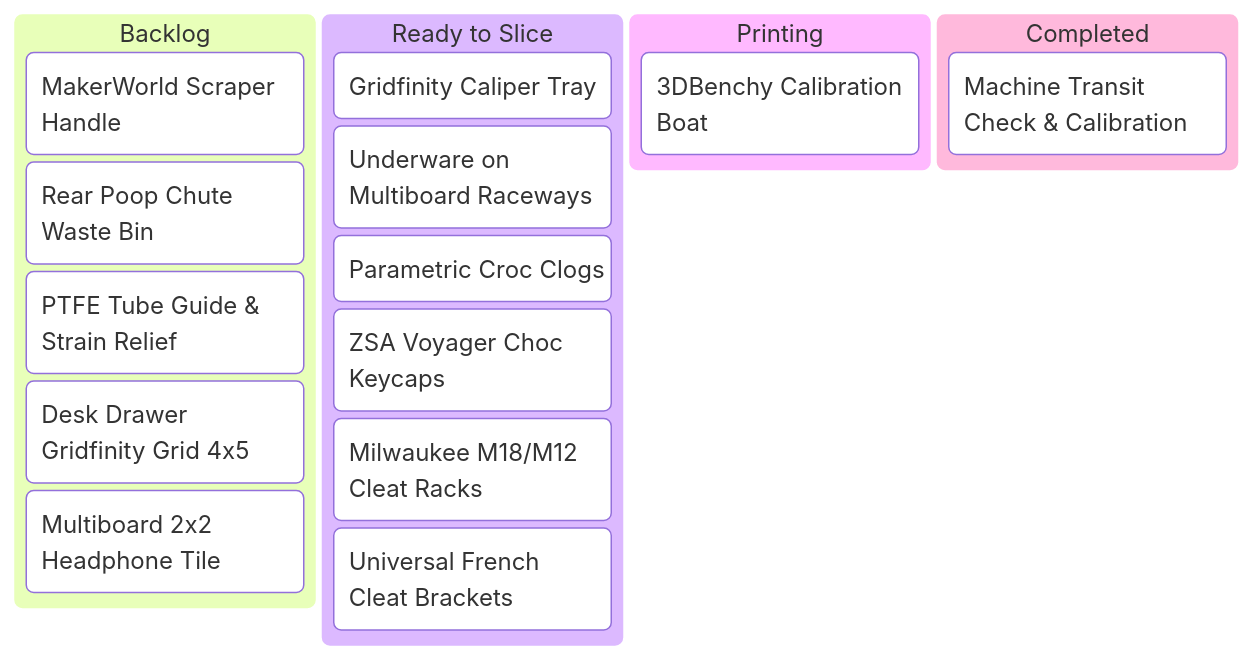
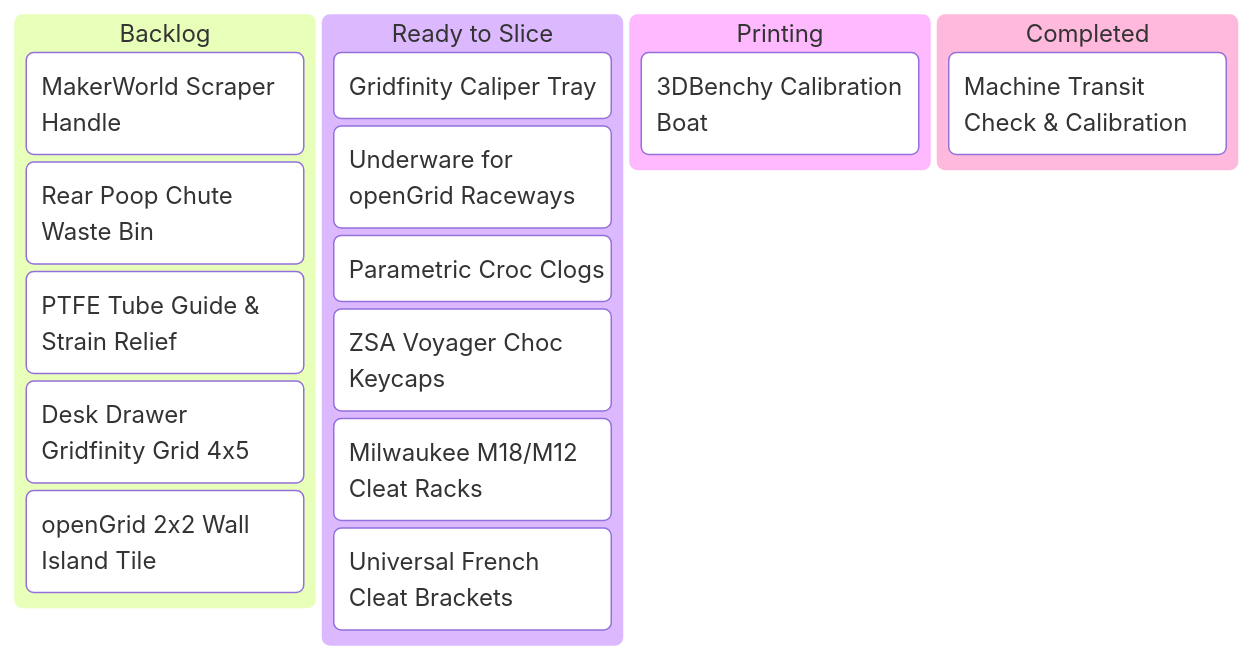
One commit to bar2sek/3d-printing changed the diagram in 08 - Print Queue & Project Tracker.md. Above: the diagram before and after it, drawn with Mermaid. The commit also changed other lines of this file and 13 other files, not shown here.

Commit message:
docs: switch to openGrid from Multiboard

````diff
--- a/08 - Print Queue & Project Tracker.md
+++ b/08 - Print Queue & Project Tracker.md
@@ -19,20 +19,20 @@
 ```mermaid
 kanban
   Backlog
     [MakerWorld Scraper Handle]
     [Rear Poop Chute Waste Bin]
     [PTFE Tube Guide & Strain Relief]
     [Desk Drawer Gridfinity Grid 4x5]
-    [Multiboard 2x2 Headphone Tile]
+    [openGrid 2x2 Wall Island Tile]
   Ready to Slice
     [Gridfinity Caliper Tray]
-    [Underware on Multiboard Raceways]
+    [Underware for openGrid Raceways]
     [Parametric Croc Clogs]
     [ZSA Voyager Choc Keycaps]
     [Milwaukee M18/M12 Cleat Racks]
     [Universal French Cleat Brackets]
   Printing
     [3DBenchy Calibration Boat]
   Completed
     [Machine Transit Check & Calibration]
 ```
````
